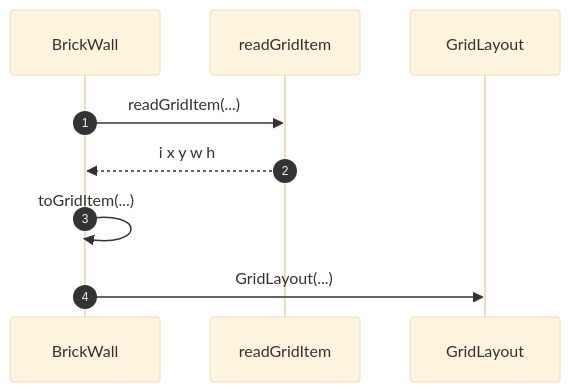
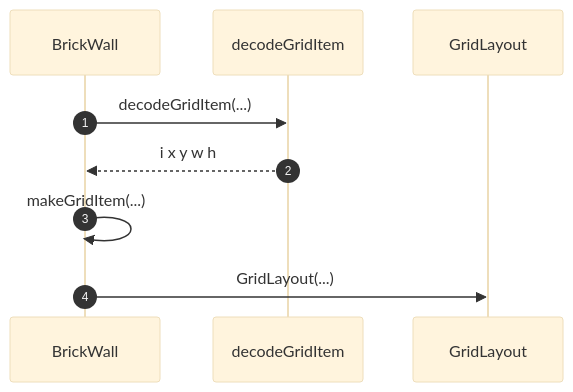
Before and after one commit to morgs32/qrk.sh: the first of 4 diagrams in wiki/architecture/browser/LibraryGridItem.md, drawn with Mermaid (base theme). The commit also changed other lines of this file and 19 other files, not shown here.

````diff
--- a/wiki/architecture/browser/LibraryGridItem.md
+++ b/wiki/architecture/browser/LibraryGridItem.md
@@ -30,14 +33,14 @@
 ```mermaid
 sequenceDiagram
   participant BrickWall
-  participant readGridItem
+  participant decodeGridItem
   participant GridLayout
   autonumber 1
-  BrickWall->>readGridItem: readGridItem(...)
+  BrickWall->>decodeGridItem: decodeGridItem(...)
   autonumber 2
-  readGridItem-->>BrickWall: i x y w h
+  decodeGridItem-->>BrickWall: i x y w h
   autonumber 3
-  BrickWall->>BrickWall: toGridItem(...)
+  BrickWall->>BrickWall: makeGridItem(...)
   autonumber 4
   BrickWall->>GridLayout: GridLayout(...)
 ```
````
